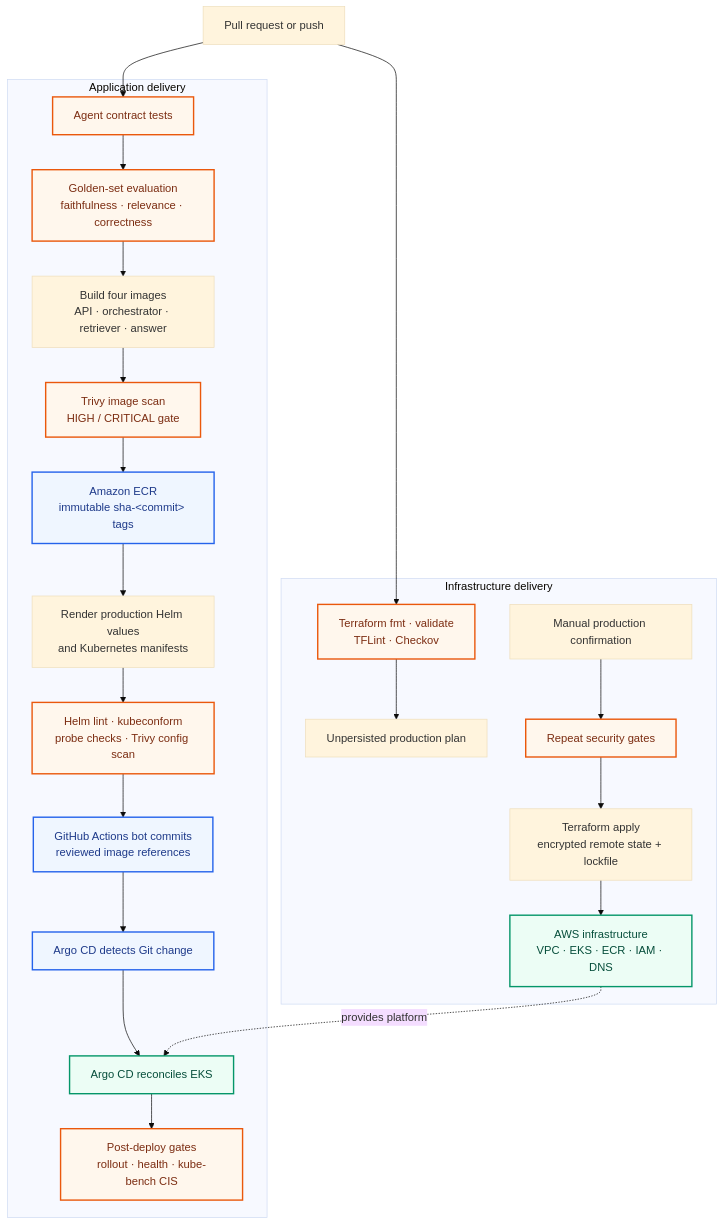
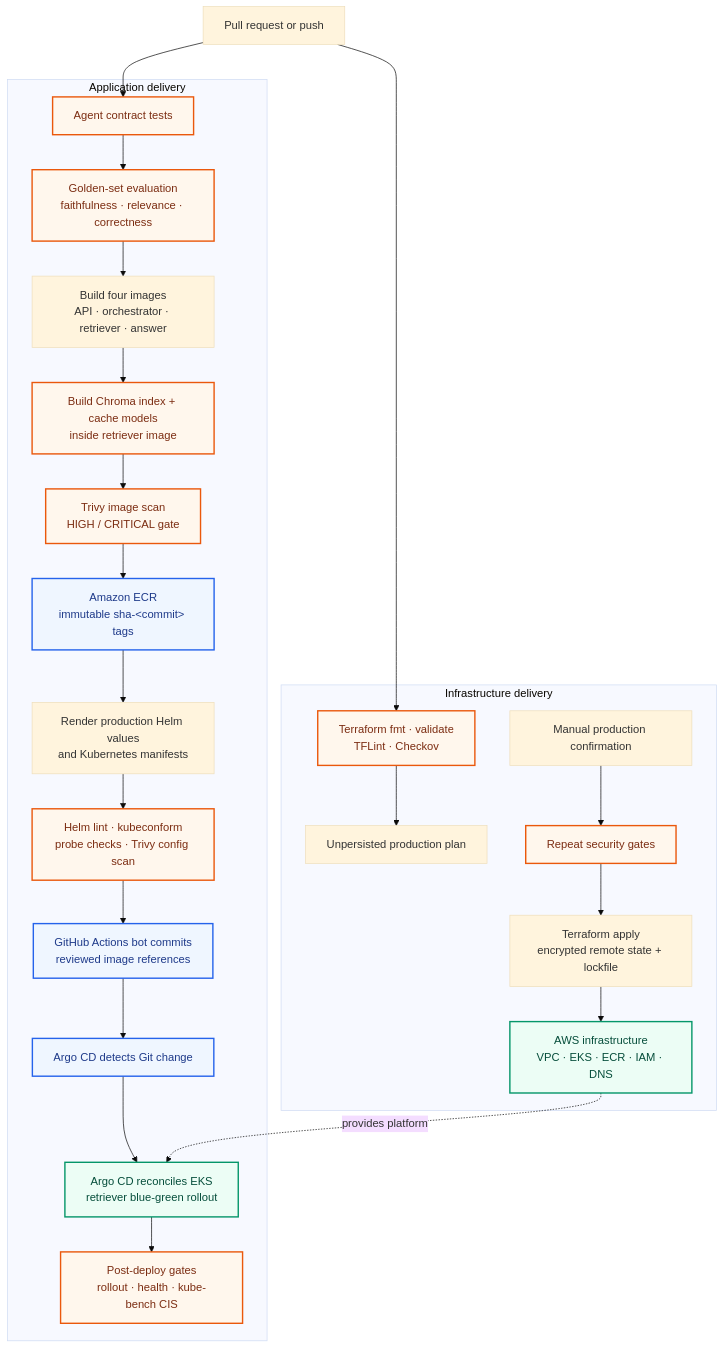
The diagram in docs/CICD_ARCHITECTURE.md (isaiah1701/multi-agent-system), drawn with Mermaid (base theme) before and after one commit. The commit also changed other lines of this file and 18 other files, not shown here.

Commit message:
feat: add blue-green retriever rollouts

````diff
--- a/docs/CICD_ARCHITECTURE.md
+++ b/docs/CICD_ARCHITECTURE.md
@@ -5,44 +5,45 @@
 ```mermaid
 flowchart TD
     CHANGE["Pull request or push"]
 
     subgraph APP["Application delivery"]
         TEST["Agent contract tests"]
         EVAL["Golden-set evaluation<br/>faithfulness · relevance · correctness"]
         BUILD["Build four images<br/>API · orchestrator · retriever · answer"]
+        INDEX["Build Chroma index + cache models<br/>inside retriever image"]
         IMAGE_SCAN["Trivy image scan<br/>HIGH / CRITICAL gate"]
         ECR["Amazon ECR<br/>immutable sha-&lt;commit&gt; tags"]
         RENDER["Render production Helm values<br/>and Kubernetes manifests"]
         MANIFEST_GATES["Helm lint · kubeconform<br/>probe checks · Trivy config scan"]
         GITOPS["GitHub Actions bot commits<br/>reviewed image references"]
         ARGO["Argo CD detects Git change"]
-        EKS["Argo CD reconciles EKS"]
+        EKS["Argo CD reconciles EKS<br/>retriever blue-green rollout"]
         VERIFY["Post-deploy gates<br/>rollout · health · kube-bench CIS"]
 
-        TEST --> EVAL --> BUILD --> IMAGE_SCAN --> ECR
+        TEST --> EVAL --> BUILD --> INDEX --> IMAGE_SCAN --> ECR
         ECR --> RENDER --> MANIFEST_GATES --> GITOPS --> ARGO --> EKS --> VERIFY
     end
 
     subgraph INFRA["Infrastructure delivery"]
         TF_STATIC["Terraform fmt · validate<br/>TFLint · Checkov"]
         TF_PLAN["Unpersisted production plan"]
         APPROVAL["Manual production confirmation"]
         TF_REPEAT["Repeat security gates"]
         TF_APPLY["Terraform apply<br/>encrypted remote state + lockfile"]
         AWS["AWS infrastructure<br/>VPC · EKS · ECR · IAM · DNS"]
 
         TF_STATIC --> TF_PLAN
         APPROVAL --> TF_REPEAT --> TF_APPLY --> AWS
     end
 
     CHANGE --> TEST
     CHANGE --> TF_STATIC
     AWS -. provides platform .-> EKS
 
     classDef gate fill:#fff7ed,stroke:#ea580c,stroke-width:2px,color:#7c2d12;
     classDef registry fill:#eff6ff,stroke:#2563eb,stroke-width:2px,color:#1e3a8a;
     classDef live fill:#ecfdf5,stroke:#059669,stroke-width:2px,color:#064e3b;
-    class TEST,EVAL,IMAGE_SCAN,MANIFEST_GATES,TF_STATIC,TF_REPEAT,VERIFY gate;
+    class TEST,EVAL,INDEX,IMAGE_SCAN,MANIFEST_GATES,TF_STATIC,TF_REPEAT,VERIFY gate;
     class ECR,GITOPS,ARGO registry;
     class EKS,AWS live;
 ```
````
